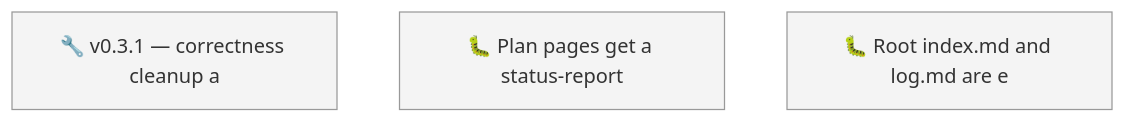
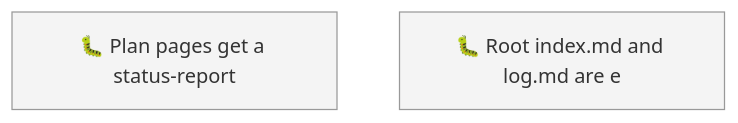
Before and after one commit to SpillwaveSolutions/okf-plugin: the first of 2 diagrams in docs/roadmap.md, drawn with Mermaid. The commit also changed other lines of this file and 7 other files, not shown here.

````diff
--- a/docs/roadmap.md
+++ b/docs/roadmap.md
@@ -47,8 +47,7 @@
 ```mermaid
 graph TD
-    01KZ2CAAT5G2ND3RAF4TAXR5B9["🔧 v0.3.1 — correctness cleanup a"]
     01KZ2CYK20RWGPSEE6VGZ3NHBP["🐛 Plan pages get a status-report"]
     01KZ2D6MDDCY9G6B3EE33DRZJA["🐛 Root index.md and log.md are e"]
     classDef todo fill:#f4f4f4,stroke:#999999
-    class 01KZ2CAAT5G2ND3RAF4TAXR5B9,01KZ2CYK20RWGPSEE6VGZ3NHBP,01KZ2D6MDDCY9G6B3EE33DRZJA todo
+    class 01KZ2CYK20RWGPSEE6VGZ3NHBP,01KZ2D6MDDCY9G6B3EE33DRZJA todo
 ```
````
